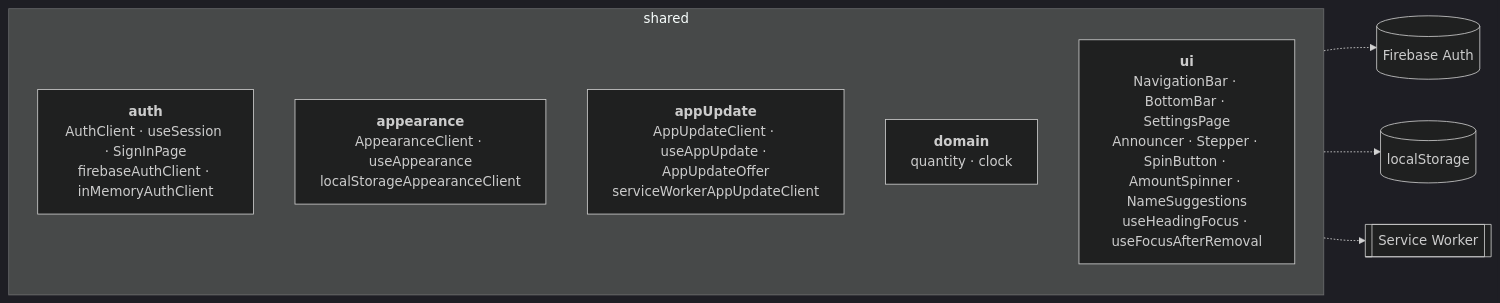
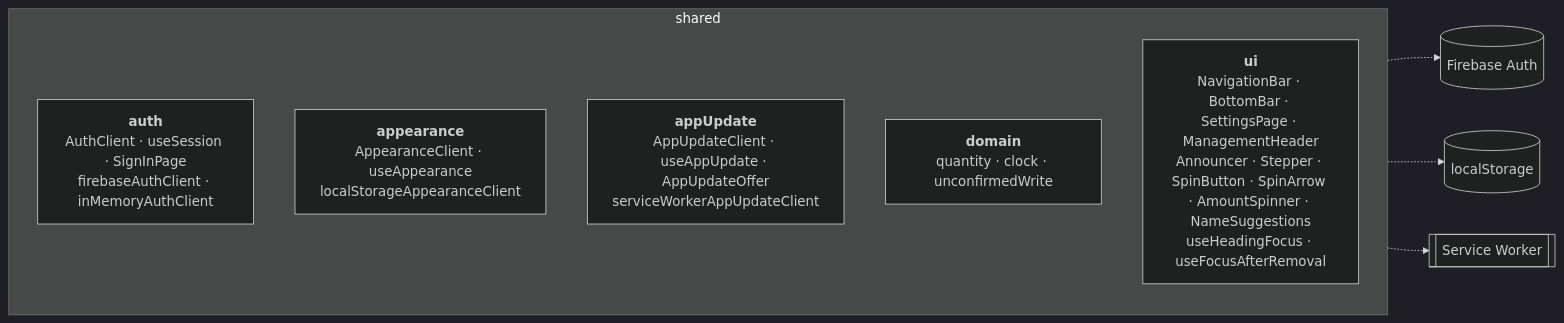
One commit to burnyWes/Mahlzeiten-Planer changed the fifth of 5 diagrams in docs/architektur/05-bausteinsicht.md. Above: the diagram before and after it, drawn with Mermaid (dark theme). The commit also changed other lines of this file and 81 other files, not shown here.

````diff
--- a/docs/architektur/05-bausteinsicht.md
+++ b/docs/architektur/05-bausteinsicht.md
@@ -200,15 +211,15 @@
 ```mermaid
 flowchart LR
     subgraph shared["shared"]
         direction TB
         auth["<b>auth</b><br/>AuthClient · useSession · SignInPage<br/>firebaseAuthClient · inMemoryAuthClient"]
         appearance["<b>appearance</b><br/>AppearanceClient · useAppearance<br/>localStorageAppearanceClient"]
         appUpdate["<b>appUpdate</b><br/>AppUpdateClient · useAppUpdate · AppUpdateOffer<br/>serviceWorkerAppUpdateClient"]
-        sdomain["<b>domain</b><br/>quantity · clock"]
-        sui["<b>ui</b><br/>NavigationBar · BottomBar · SettingsPage<br/>Announcer · Stepper · SpinButton · AmountSpinner · NameSuggestions<br/>useHeadingFocus · useFocusAfterRemoval"]
+        sdomain["<b>domain</b><br/>quantity · clock · unconfirmedWrite"]
+        sui["<b>ui</b><br/>NavigationBar · BottomBar · SettingsPage · ManagementHeader<br/>Announcer · Stepper · SpinButton · SpinArrow · AmountSpinner · NameSuggestions<br/>useHeadingFocus · useFocusAfterRemoval"]
     end
 
     auth -.-> fbauth[("Firebase Auth")]
     appearance -.-> ls[("localStorage")]
     appUpdate -.-> sw[["Service Worker"]]
 ```
````
